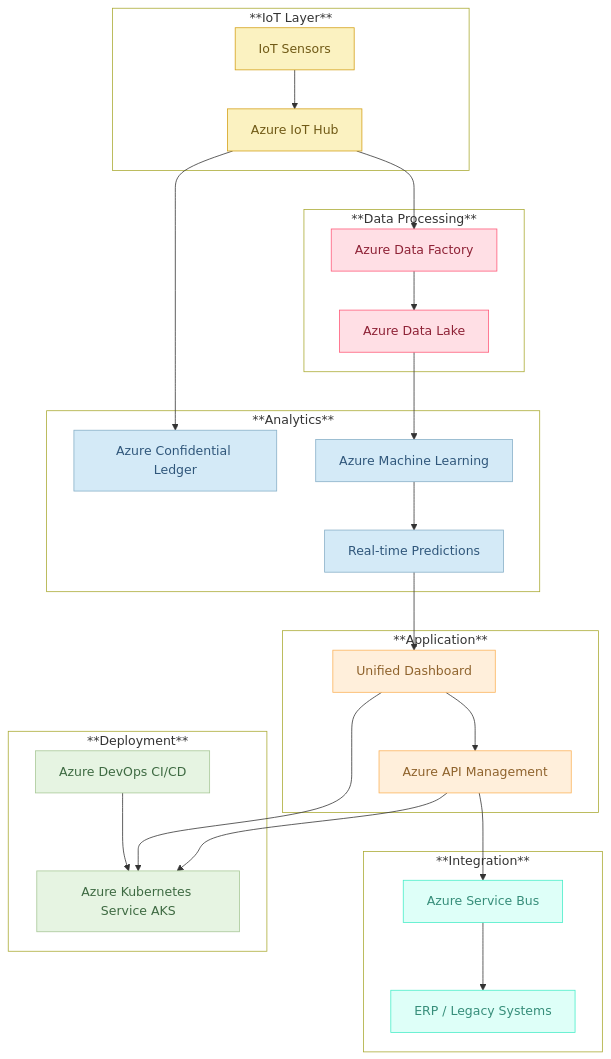
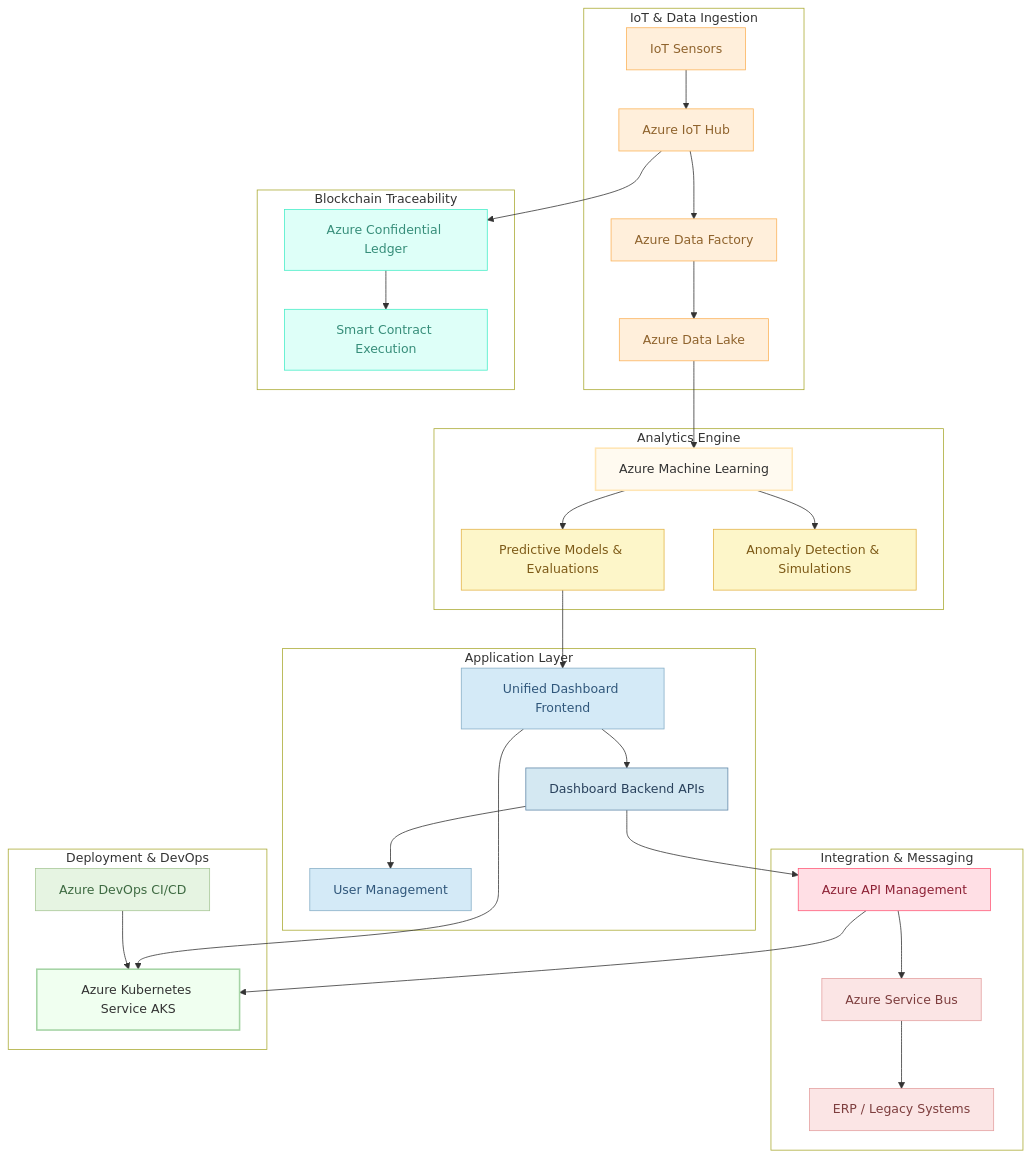
The diagram in docs/Technical/01_Architecture.md (suprachakra/AlumiCatalyst), drawn with Mermaid before and after one commit. The commit also changed other lines of this file, not shown here.

````diff
--- a/docs/Technical/01_Architecture.md
+++ b/docs/Technical/01_Architecture.md
@@ -43,103 +105,113 @@
 ```mermaid
----
-config:
-  theme: default
-  themeVariables:
-    primaryColor: '#f9f9f9'
-    primaryTextColor: '#333333'
-    primaryBorderColor: '#d4a5a5'
-    secondaryColor: '#f0fff0'
-    secondaryTextColor: '#333333'
-    secondaryBorderColor: '#a5d4a5'
-    tertiaryColor: '#fef0ff'
-    tertiaryTextColor: '#333333'
-    tertiaryBorderColor: '#d4a5d4'
-  layout: fixed
----
 flowchart TD
- subgraph subGraph0["**IoT Layer**"]
+ subgraph subGraph0["IoT & Data Ingestion"]
         B["Azure IoT Hub"]
         A["IoT Sensors"]
-  end
- subgraph subGraph1["**Data Processing**"]
         C["Azure Data Factory"]
         D["Azure Data Lake"]
   end
- subgraph Analytics["**Analytics**"]
+ subgraph subGraph1["Analytics Engine"]
         E["Azure Machine Learning"]
-        F["Real-time Predictions"]
-        G["Azure Confidential Ledger"]
+        F["Predictive Models & Evaluations"]
+        G["Anomaly Detection & Simulations"]
   end
- subgraph Application["**Application**"]
-        H["Unified Dashboard"]
-        I["Azure API Management"]
+ subgraph subGraph2["Blockchain Traceability"]
+        H["Azure Confidential Ledger"]
+        I["Smart Contract Execution"]
   end
- subgraph Integration["**Integration**"]
-        J["Azure Service Bus"]
-        K["ERP / Legacy Systems"]
+ subgraph subGraph3["Application Layer"]
+        J["Unified Dashboard Frontend"]
+        K["Dashboard Backend APIs"]
+        L["User Management"]
   end
- subgraph Deployment["**Deployment**"]
-        L["Azure Kubernetes Service AKS"]
-        M["Azure DevOps CI/CD"]
+ subgraph subGraph4["Integration & Messaging"]
+        M["Azure API Management"]
+        N["Azure Service Bus"]
+        O["ERP / Legacy Systems"]
+  end
+ subgraph subGraph5["Deployment & DevOps"]
+        P["Azure Kubernetes Service AKS"]
+        Q["Azure DevOps CI/CD"]
   end
     A --> B
-    B --> C & G
+    B --> C & H
     C --> D
     D --> E
-    E --> F
-    F --> H
-    H --> I & L
-    I --> J & L
-    J --> K
-    M --> L
+    E --> F & G
+    H --> I
+    F --> J
+    J --> K & P
+    K --> L & M
+    M --> N & P
+    N --> O
+    Q --> P
+
      B:::pastel2
-     B:::KlimtGold
+     B:::Peach
      A:::pastel1
-     A:::KlimtGold
+     A:::pastel12
+     A:::Peach
      C:::pastel3
-     C:::RenoirPink
-     C:::Rose
+     C:::Peach
      D:::pastel4
-     D:::Rose
+     D:::Peach
      E:::pastel5
-     E:::MonetBlue
      F:::pastel6
-     F:::MonetBlue
-     G:::pastel7
-     G:::MonetBlue
-     H:::pastel8
-     H:::MatisseLavender
-     H:::Peach
-     I:::pastel9
-     I:::Peach
-     J:::pastel10
-     J:::Aqua
-     K:::pastel11
-     K:::Aqua
-     L:::pastel12
-     L:::DegasGreen
-     M:::pastel13
-     M:::DegasGreen
-    classDef VanGoghYellow stroke-width:1px, stroke-dasharray:none, stroke:#E3B448, fill:#FDF6C9, color:#7D5A17 
-    classDef PicassoBlue stroke-width:1px, stroke-dasharray:none, stroke:#5A84A2, fill:#CDE0F2, color:#2D4661  
+     F:::VanGoghYellow
+     G:::pastel6
+     G:::VanGoghYellow
+     H:::pastel7
+     H:::Aqua
+     I:::pastel7
+     I:::Aqua
+     J:::pastel8
+     J:::PicassoBlue
+     J:::MonetBlue
+     K:::pastel8
+     K:::HokusaiWave
+     L:::pastel8
+     L:::MonetBlue
+     M:::pastel9
+     M:::Rose
+     N:::pastel10
+     N:::RenoirPink
+     O:::pastel10
+     O:::RenoirPink
+     P:::pastel11
+     Q:::pastel12
+     Q:::DegasGreen
+    classDef pastel1 fill:#fff5f5,stroke:#ffcccc,stroke-width:2px
+    classDef pastel2 fill:#f5fff5,stroke:#ccffcc,stroke-width:2px
+    classDef pastel3 fill:#fff5ff,stroke:#ffccff,stroke-width:2px
+    classDef pastel4 fill:#f5f7ff,stroke:#cce0ff,stroke-width:2px
+    classDef pastel5 fill:#fffaf0,stroke:#ffe5b4,stroke-width:2px
+    classDef pastel6 fill:#e6ffed,stroke:#a5d4a5,stroke-width:2px
+    classDef pastel7 fill:#fffbf0,stroke:#ffe5b4,stroke-width:2px
+    classDef pastel8 fill:#f0faff,stroke:#a5d4d4,stroke-width:2px
+    classDef pastel9 fill:#f7f0ff,stroke:#ffcccc,stroke-width:2px
+    classDef pastel10 fill:#fff0f0,stroke:#ffcccc,stroke-width:2px
     classDef Ash stroke-width:1px, stroke-dasharray:none, stroke:#999999, fill:#EEEEEE, color:#000000
-    classDef TurnerMist stroke-width:1px, stroke-dasharray:none, stroke:#B8C4D1, fill:#EAF2F8, color:#4A5B6F
+    classDef MatisseLavender stroke-width:1px, stroke-dasharray:none, stroke:#B39DBC, fill:#ECE3F5, color:#4E3A5E
     classDef Pine stroke-width:1px, stroke-dasharray:none, stroke:#254336, fill:#27654A, color:#FFFFFF
-    classDef HokusaiWave stroke-width:1px, stroke-dasharray:none, stroke:#6188A9, fill:#D4E8F2, color:#2A425D
     classDef Sky stroke-width:1px, stroke-dasharray:none, stroke:#374D7C, fill:#E2EBFF, color:#374D7C
     classDef CezannePeach stroke-width:1px, stroke-dasharray:none, stroke:#E2A07D, fill:#FBE7DA, color:#6D4532
     classDef KlimtGold stroke-width:1px, stroke-dasharray:none, stroke:#D4A017, fill:#FBF2C1, color:#705A16
+    classDef VanGoghYellow stroke-width:1px, stroke-dasharray:none, stroke:#E3B448, fill:#FDF6C9, color:#7D5A17
+    classDef PicassoBlue stroke-width:1px, stroke-dasharray:none, stroke:#5A84A2, fill:#CDE0F2, color:#2D4661
+    classDef HokusaiWave stroke-width:1px, stroke-dasharray:none, stroke:#6188A9, fill:#D4E8F2, color:#2A425D
+    classDef TurnerMist stroke-width:1px, stroke-dasharray:none, stroke:#B8C4D1, fill:#EAF2F8, color:#4A5B6F
     classDef MonetBlue stroke-width:1px, stroke-dasharray:none, stroke:#87AFC7, fill:#D4EAF7, color:#30577B
+    classDef Rose stroke-width:1px, stroke-dasharray:none, stroke:#FF5978, fill:#FFDFE5, color:#8E2236
     classDef RenoirPink stroke-width:1px, stroke-dasharray:none, stroke:#E4A0A0, fill:#FBE5E5, color:#7D3E3E
-    classDef Rose stroke-width:1px, stroke-dasharray:none, stroke:#FF5978, fill:#FFDFE5, color:#8E2236
     classDef DegasGreen stroke-width:1px, stroke-dasharray:none, stroke:#A7C796, fill:#E6F4E2, color:#3E6A42
-    classDef MatisseLavender stroke-width:1px, stroke-dasharray:none, stroke:#B39DBC, fill:#ECE3F5, color:#4E3A5E
+    classDef pastel11 fill:#f0fff0, stroke:#a5d4a5, stroke-width:2px
+    classDef Aqua stroke-width:1px, stroke-dasharray:none, stroke:#46EDC8, fill:#DEFFF8, color:#378E7A
+    classDef pastel12 fill:#fff0fa, stroke:#ffccff, stroke-width:2px
     classDef Peach stroke-width:1px, stroke-dasharray:none, stroke:#FBB35A, fill:#FFEFDB, color:#8F632D
-    classDef Aqua stroke-width:1px, stroke-dasharray:none, stroke:#46EDC8, fill:#DEFFF8, color:#378E7A
+    style subGraph3 fill:transparent
+    style subGraph5 fill:transparent
+    style subGraph4 fill:transparent
+    style subGraph1 fill:transparent
+    style subGraph2 fill:transparent
     style subGraph0 fill:transparent
-    style subGraph1 fill:transparent
-    style Analytics fill:transparent
-    style Application fill:transparent
-    style Deployment fill:transparent
-    style Integration fill:transparent
 ```
````
